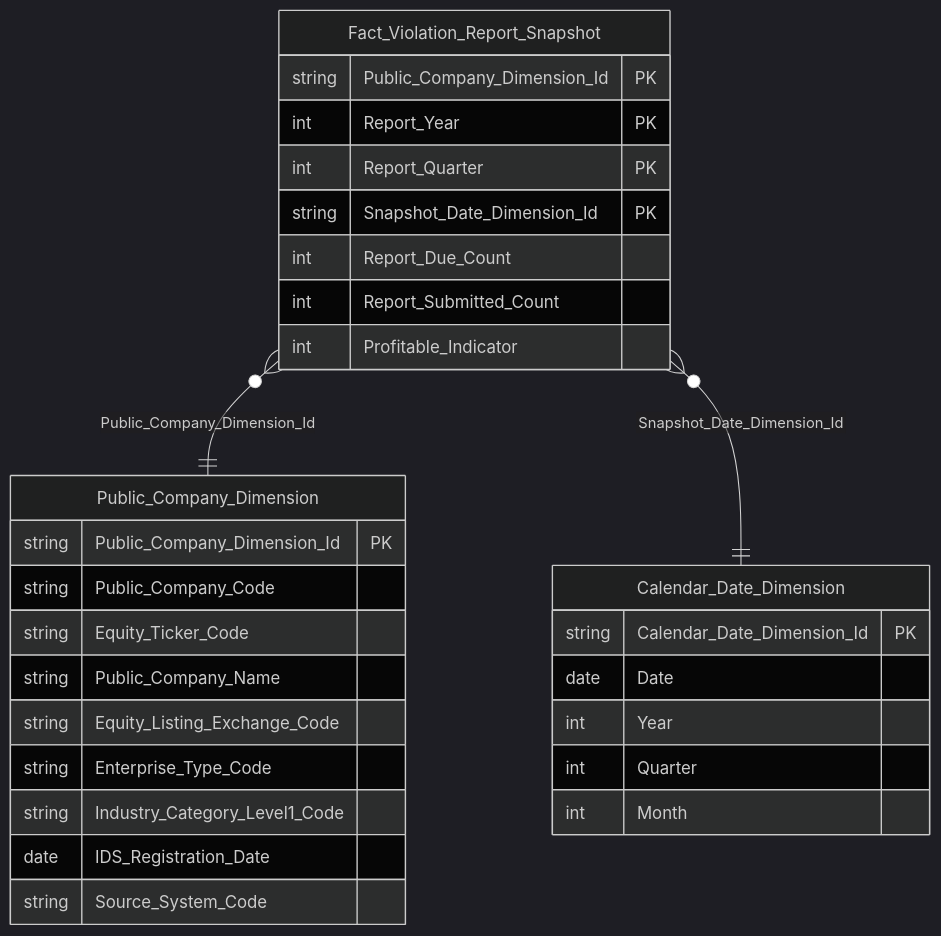
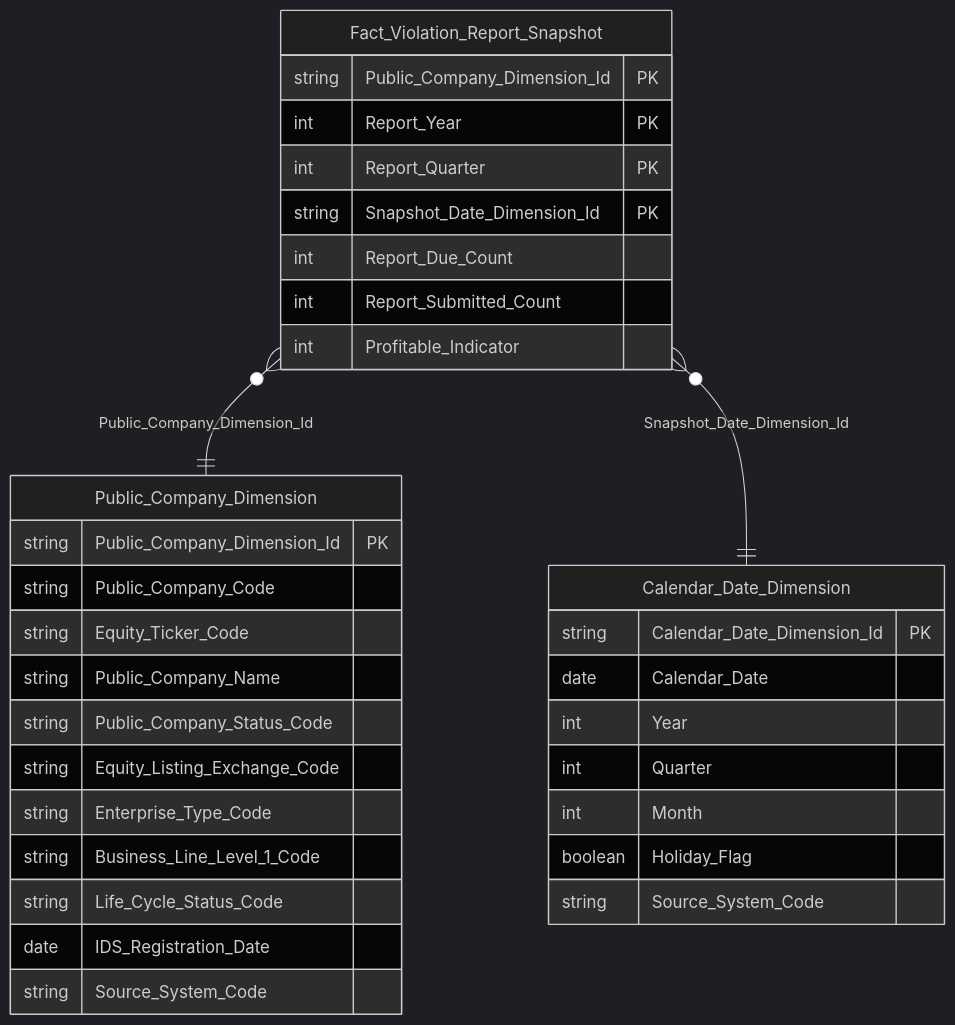
One commit to linhlvit/ubck_atomic_design changed diagram 23 of 55 in Datamart/hld/DTM_GSDC_HLD.md. Above: the diagram before and after it, drawn with Mermaid (dark theme). The commit also changed other lines of this file and 42 other files, not shown here.

````diff
--- a/Datamart/hld/DTM_GSDC_HLD.md
+++ b/Datamart/hld/DTM_GSDC_HLD.md
@@ -602,35 +993,39 @@
 ```mermaid
 erDiagram
     Public_Company_Dimension {
         string Public_Company_Dimension_Id PK
         string Public_Company_Code
         string Equity_Ticker_Code
         string Public_Company_Name
+        string Public_Company_Status_Code
         string Equity_Listing_Exchange_Code
         string Enterprise_Type_Code
-        string Industry_Category_Level1_Code
+        string Business_Line_Level_1_Code
+        string Life_Cycle_Status_Code
         date IDS_Registration_Date
         string Source_System_Code
     }
 
     Calendar_Date_Dimension {
         string Calendar_Date_Dimension_Id PK
-        date Date
+        date Calendar_Date
         int Year
         int Quarter
         int Month
+        boolean Holiday_Flag
+        string Source_System_Code
     }
 
     Fact_Violation_Report_Snapshot {
         string Public_Company_Dimension_Id PK
         int Report_Year PK
         int Report_Quarter PK
         string Snapshot_Date_Dimension_Id PK
         int Report_Due_Count
         int Report_Submitted_Count
         int Profitable_Indicator
     }
 
     Fact_Violation_Report_Snapshot }o--|| Public_Company_Dimension : "Public_Company_Dimension_Id"
     Fact_Violation_Report_Snapshot }o--|| Calendar_Date_Dimension : "Snapshot_Date_Dimension_Id"
 ```
````
